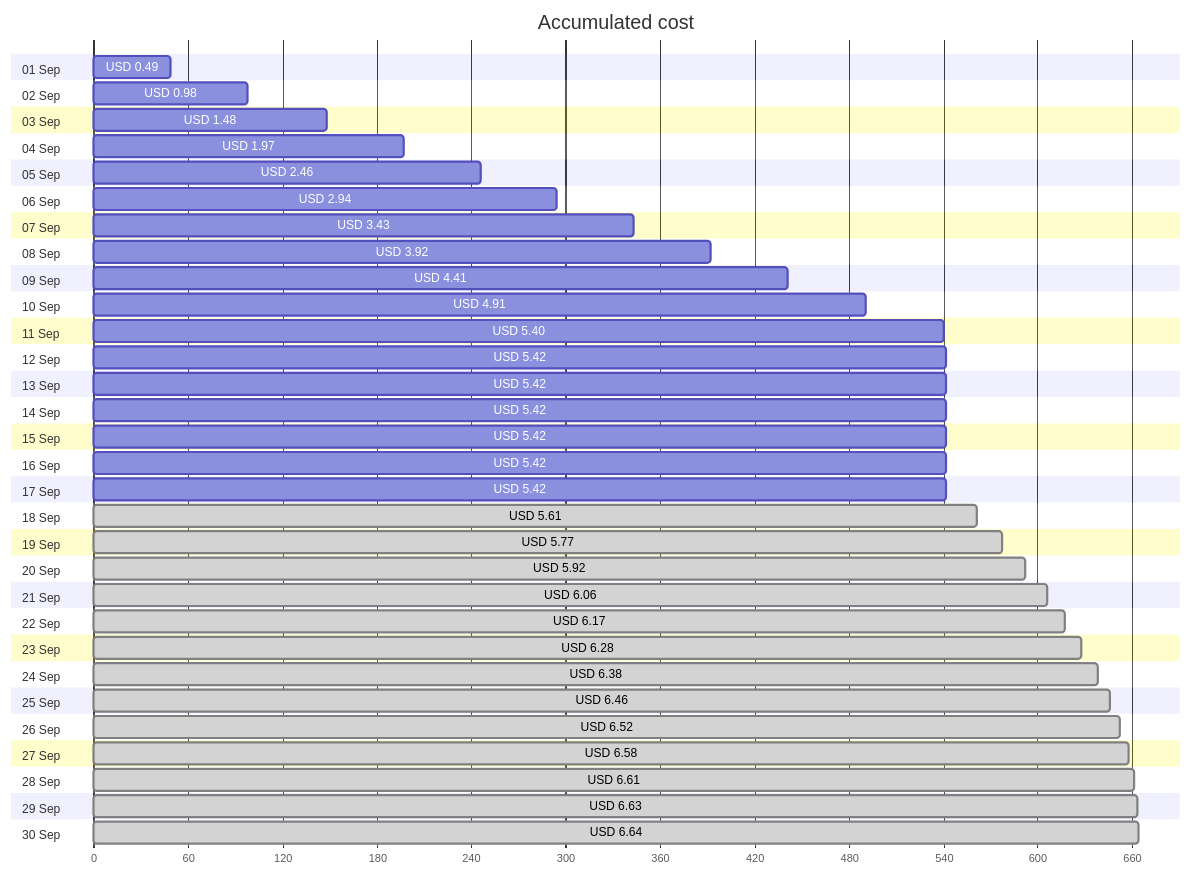
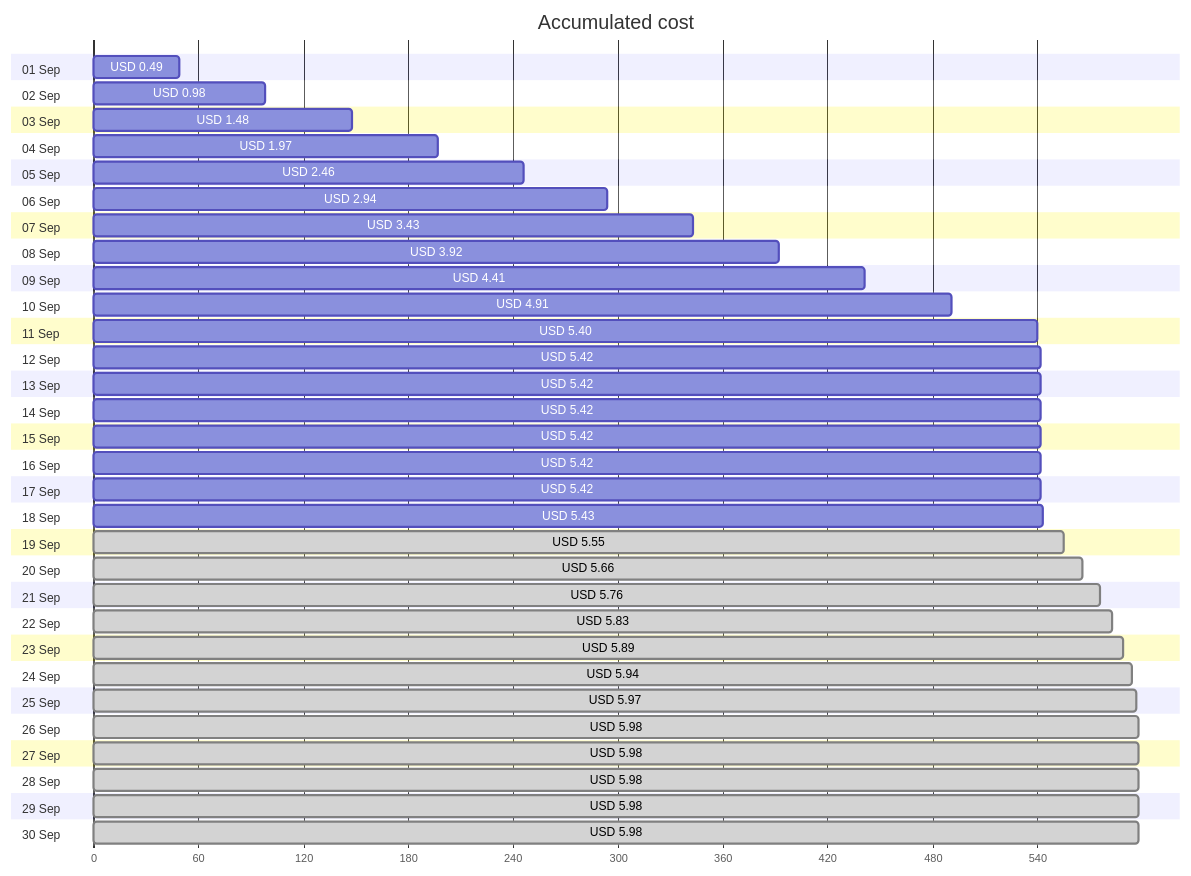
The first of 4 diagrams in cost-reports/personal-site/personalsiteapistorage.md (jpfulton/azure-personal-reports), drawn with Mermaid before and after one commit. The commit also changed other lines of this file and 7 other files, not shown here.

````diff
--- a/cost-reports/personal-site/personalsiteapistorage.md
+++ b/cost-reports/personal-site/personalsiteapistorage.md
@@ -20,66 +20,66 @@
 ```mermaid
 gantt
    title Accumulated cost
    dateFormat  X
    axisFormat %s
    section 01 Sep
    USD 0.49 :0, 49
    section 02 Sep
    USD 0.98 :0, 98
    section 03 Sep
    USD 1.48 :0, 148
    section 04 Sep
    USD 1.97 :0, 197
    section 05 Sep
    USD 2.46 :0, 246
    section 06 Sep
    USD 2.94 :0, 294
    section 07 Sep
    USD 3.43 :0, 343
    section 08 Sep
    USD 3.92 :0, 392
    section 09 Sep
    USD 4.41 :0, 441
    section 10 Sep
    USD 4.91 :0, 491
    section 11 Sep
    USD 5.40 :0, 540
    section 12 Sep
    USD 5.42 :0, 542
    section 13 Sep
    USD 5.42 :0, 542
    section 14 Sep
    USD 5.42 :0, 542
    section 15 Sep
    USD 5.42 :0, 542
    section 16 Sep
    USD 5.42 :0, 542
    section 17 Sep
    USD 5.42 :0, 542
    section 18 Sep
-   USD 5.61 : done, 0, 561
+   USD 5.43 :0, 543
    section 19 Sep
-   USD 5.77 : done, 0, 577
+   USD 5.55 : done, 0, 555
    section 20 Sep
-   USD 5.92 : done, 0, 592
+   USD 5.66 : done, 0, 566
    section 21 Sep
-   USD 6.06 : done, 0, 606
+   USD 5.76 : done, 0, 576
    section 22 Sep
-   USD 6.17 : done, 0, 617
+   USD 5.83 : done, 0, 583
    section 23 Sep
-   USD 6.28 : done, 0, 628
+   USD 5.89 : done, 0, 589
    section 24 Sep
-   USD 6.38 : done, 0, 638
+   USD 5.94 : done, 0, 594
    section 25 Sep
-   USD 6.46 : done, 0, 646
+   USD 5.97 : done, 0, 597
    section 26 Sep
-   USD 6.52 : done, 0, 652
+   USD 5.98 : done, 0, 598
    section 27 Sep
-   USD 6.58 : done, 0, 658
+   USD 5.98 : done, 0, 598
    section 28 Sep
-   USD 6.61 : done, 0, 661
+   USD 5.98 : done, 0, 598
    section 29 Sep
-   USD 6.63 : done, 0, 663
+   USD 5.98 : done, 0, 598
    section 30 Sep
-   USD 6.64 : done, 0, 664
+   USD 5.98 : done, 0, 598
 ```
````
